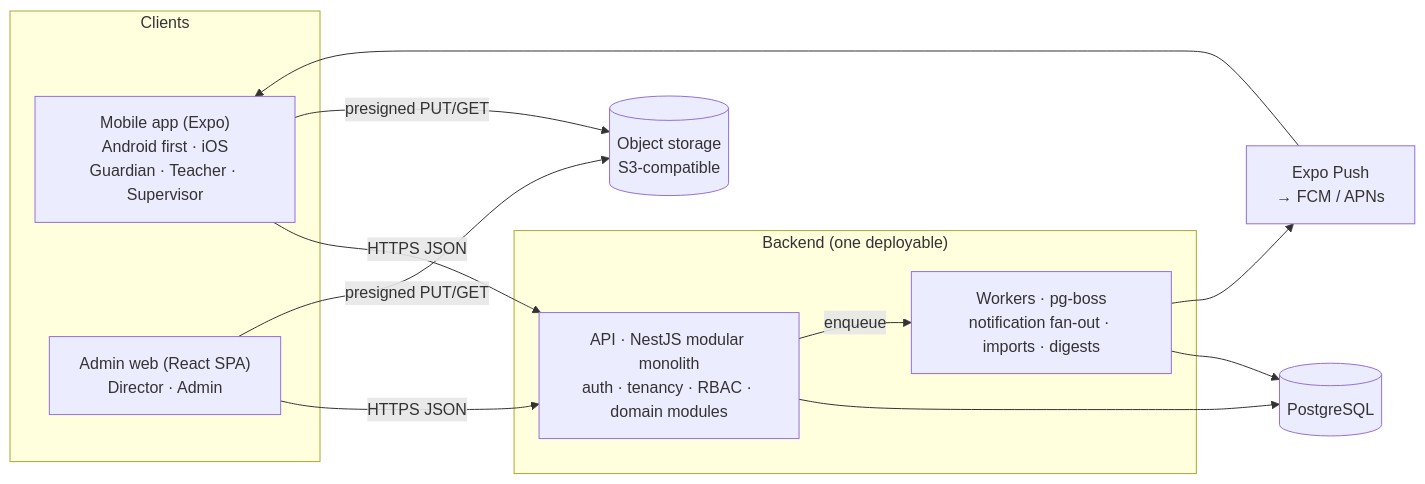
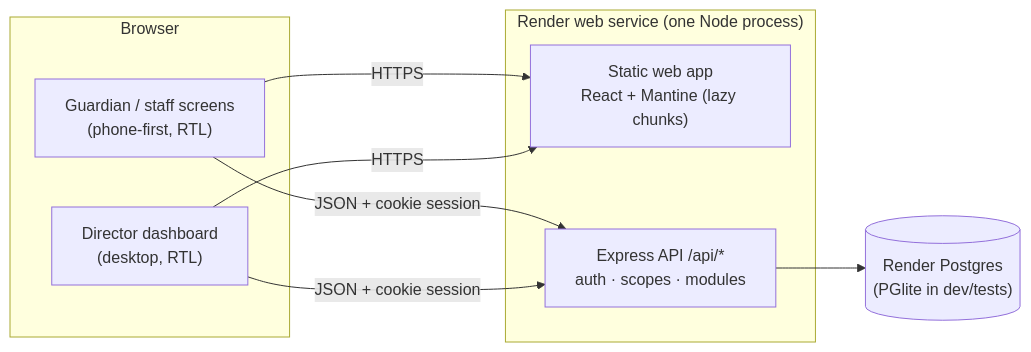
One commit to musabibr/slashSchool changed the diagram in docs/mvp-architecture.md. Above: the diagram before and after it, drawn with Mermaid. The commit also changed other lines of this file and 133 other files, not shown here.

````diff
--- a/docs/mvp-architecture.md
+++ b/docs/mvp-architecture.md
@@ -78,23 +67,17 @@
 ```mermaid
 flowchart LR
-  subgraph Clients
-    M["Mobile app (Expo)<br/>Android first · iOS<br/>Guardian · Teacher · Supervisor"]
-    W["Admin web (React SPA)<br/>Director · Admin"]
+  subgraph Browser
+    G["Guardian / staff screens<br/>(phone-first, RTL)"]
+    D["Director dashboard<br/>(desktop, RTL)"]
   end
-  subgraph Backend["Backend (one deployable)"]
-    API["API · NestJS modular monolith<br/>auth · tenancy · RBAC · domain modules"]
-    JOBS["Workers · pg-boss<br/>notification fan-out · imports · digests"]
+  subgraph Render["Render web service (one Node process)"]
+    WEB["Static web app<br/>React + Mantine (lazy chunks)"]
+    API["Express API /api/*<br/>auth · scopes · modules"]
   end
-  DB[("PostgreSQL")]
-  S3[("Object storage<br/>S3-compatible")]
-  PUSH["Expo Push<br/>→ FCM / APNs"]
-
-  M -->|HTTPS JSON| API
-  W -->|HTTPS JSON| API
-  M -->|presigned PUT/GET| S3
-  W -->|presigned PUT/GET| S3
+  DB[("Render Postgres<br/>(PGlite in dev/tests)")]
+  G -->|HTTPS| WEB
+  D -->|HTTPS| WEB
+  G -->|JSON + cookie session| API
+  D -->|JSON + cookie session| API
   API --> DB
-  API -->|enqueue| JOBS
-  JOBS --> DB
-  JOBS --> PUSH --> M
 ```
````
